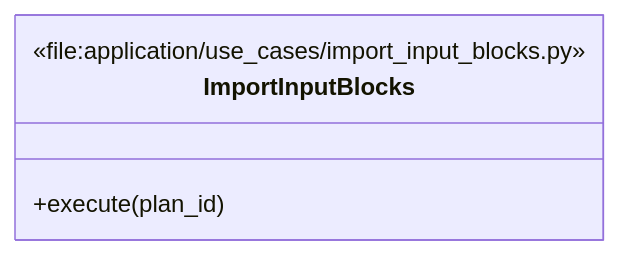
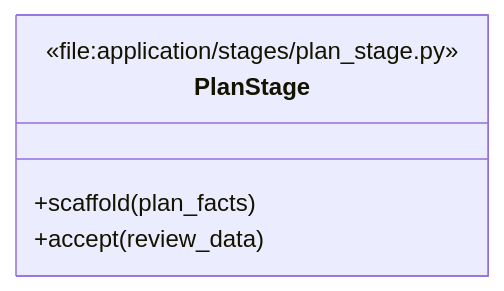
Before and after one commit to 9orky/enclosure: diagram 13 of 14 in .enclosure/plans/planning-workflow/UML.md, drawn with Mermaid. The commit also changed other lines of this file and 23 other files, not shown here.

````diff
--- a/.enclosure/plans/planning-workflow/UML.md
+++ b/.enclosure/plans/planning-workflow/UML.md
@@ -360,7 +376,8 @@
 ```mermaid
 classDiagram
-    class ImportInputBlocks {
-      <<file:application/use_cases/import_input_blocks.py>>
-      +execute(plan_id)
+    class PlanStage {
+      <<file:application/stages/plan_stage.py>>
+      +scaffold(plan_facts)
+      +accept(review_data)
     }
 ```
````
